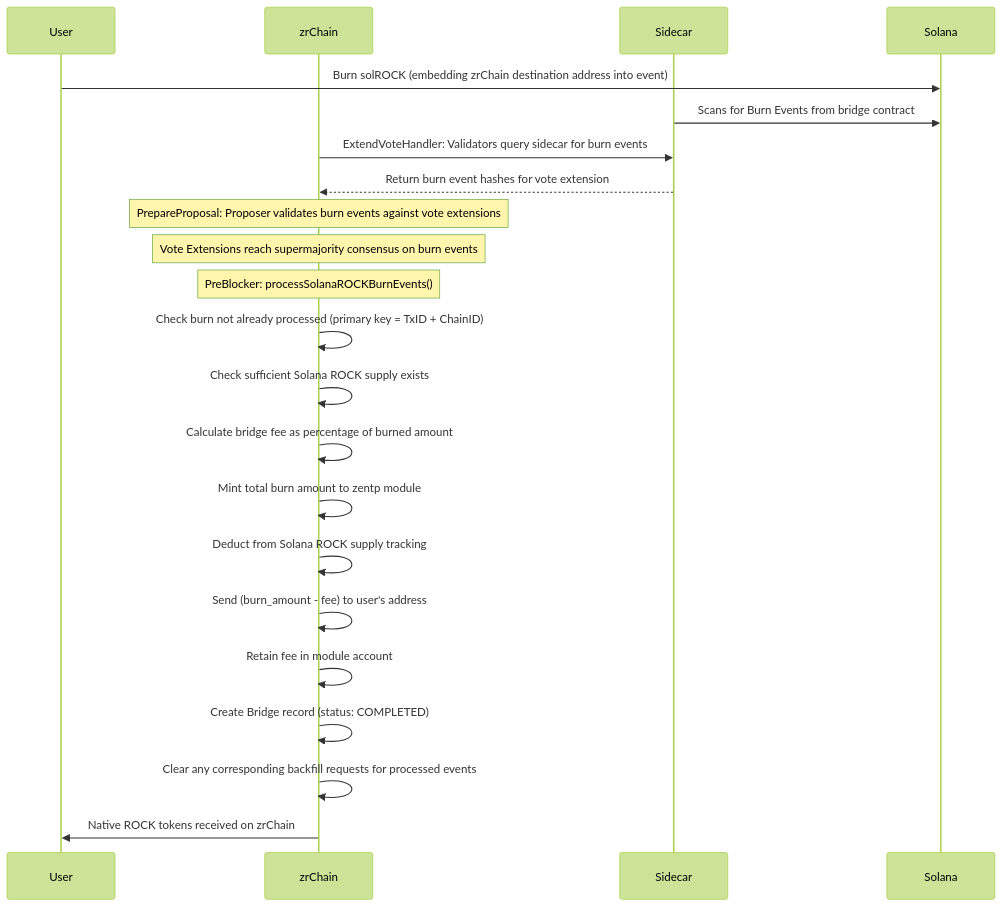
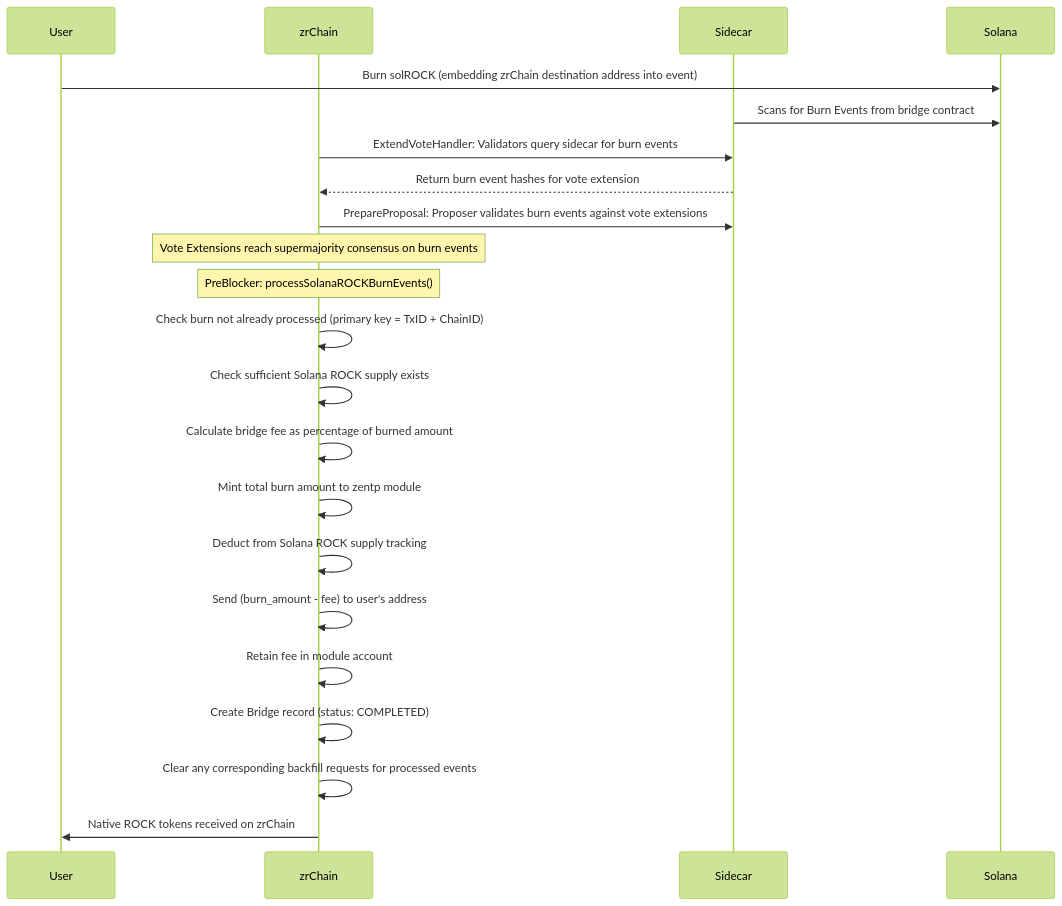
The fourth of 4 diagrams in docs/README.md (zenrocklabs/zrchain), drawn with Mermaid (forest theme) before and after one commit. The commit also changed other lines of this file, not shown here.

````diff
--- a/docs/README.md
+++ b/docs/README.md
@@ -365,26 +364,26 @@
 ```mermaid
 sequenceDiagram
     participant User
     participant zrChain
     participant Sidecar
     participant Solana
 
     User->>Solana: Burn solROCK (embedding zrChain destination address into event)
     Sidecar->>Solana: Scans for Burn Events from bridge contract
     zrChain->>Sidecar: ExtendVoteHandler: Validators query sidecar for burn events
     Sidecar-->>zrChain: Return burn event hashes for vote extension
-    Note over zrChain: PrepareProposal: Proposer validates burn events against vote extensions
+    zrChain->>Sidecar: PrepareProposal: Proposer validates burn events against vote extensions
     Note over zrChain: Vote Extensions reach supermajority consensus on burn events
 
     Note over zrChain: PreBlocker: processSolanaROCKBurnEvents()
     zrChain->>zrChain: Check burn not already processed (primary key = TxID + ChainID)
     zrChain->>zrChain: Check sufficient Solana ROCK supply exists
     zrChain->>zrChain: Calculate bridge fee as percentage of burned amount
     zrChain->>zrChain: Mint total burn amount to zentp module
     zrChain->>zrChain: Deduct from Solana ROCK supply tracking
     zrChain->>zrChain: Send (burn_amount - fee) to user's address
     zrChain->>zrChain: Retain fee in module account
     zrChain->>zrChain: Create Bridge record (status: COMPLETED)
     zrChain->>zrChain: Clear any corresponding backfill requests for processed events
     zrChain->>User: Native ROCK tokens received on zrChain
 ```
````
